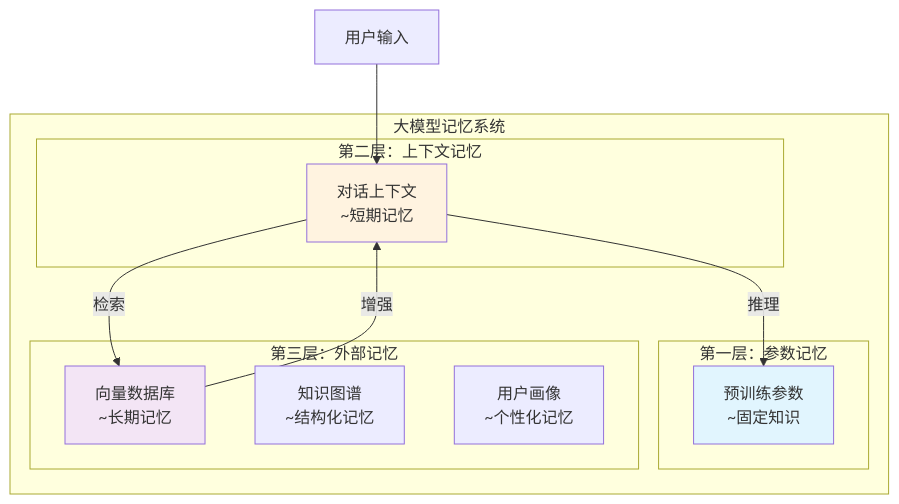
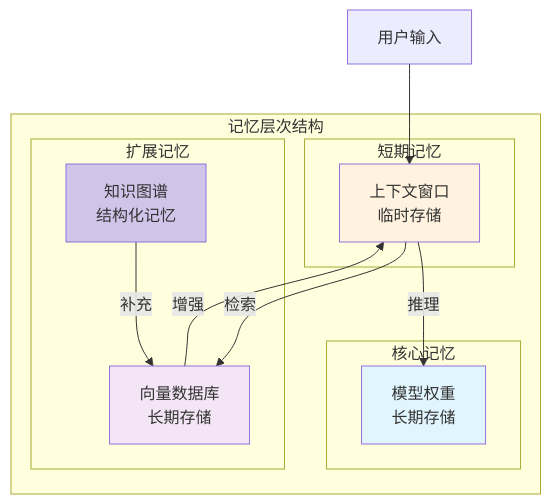
Before and after one commit to KingdeGuo/kingdeguo.github.io: the second of 5 diagrams in _posts/2025-07-18-demystifying-llm-memory.md, drawn with Mermaid. The commit also changed other lines of this file and 5 other files, not shown here.

````diff
--- a/_posts/2025-07-18-demystifying-llm-memory.md
+++ b/_posts/2025-07-18-demystifying-llm-memory.md
@@ -117,27 +142,28 @@
 ```mermaid
 graph TD
-    subgraph "大模型记忆系统"
-        subgraph "第一层：参数记忆"
-            PM[预训练参数<br/>~固定知识]
+    subgraph "记忆层次结构"
+        subgraph "核心记忆"
+            PM[模型权重<br/>长期存储]
         end
         
-        subgraph "第二层：上下文记忆"
-            CM[对话上下文<br/>~短期记忆]
+        subgraph "短期记忆"
+            CM[上下文窗口<br/>临时存储]
         end
         
-        subgraph "第三层：外部记忆"
-            EM[向量数据库<br/>~长期记忆]
-            KB[知识图谱<br/>~结构化记忆]
-            UP[用户画像<br/>~个性化记忆]
+        subgraph "扩展记忆"
+            EM[向量数据库<br/>长期存储]
+            KB[知识图谱<br/>结构化记忆]
         end
     end
     
     User[用户输入] --> CM
+    CM --> |推理| PM
     CM --> |检索| EM
-    CM --> |推理| PM
     EM --> |增强| CM
+    KB --> |补充| EM
     
     style PM fill:#e1f5fe
     style CM fill:#fff3e0
     style EM fill:#f3e5f5
+    style KB fill:#d1c4e9
 ```
````
